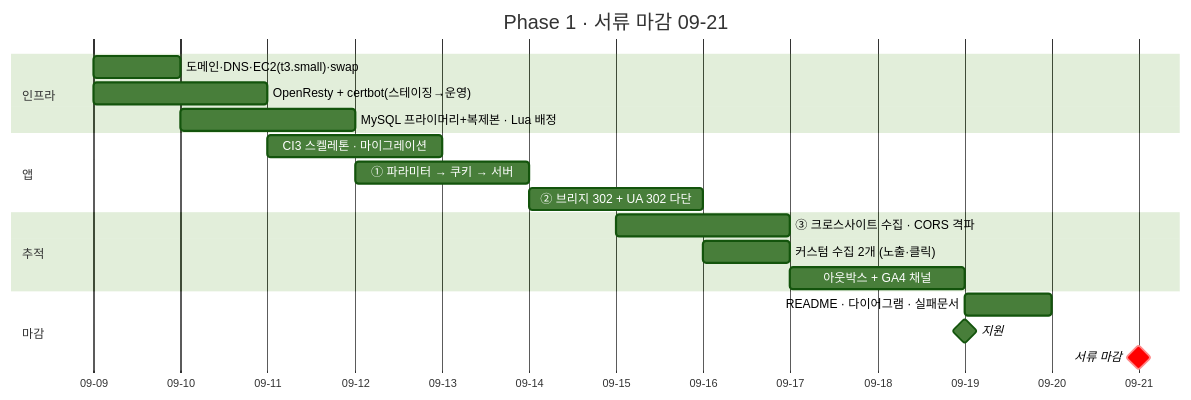
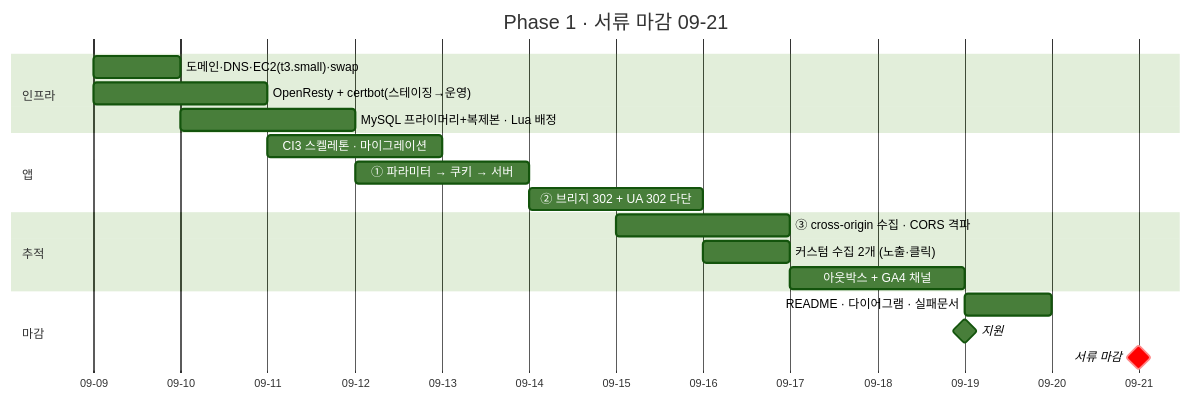
The sixth of 8 diagrams in docs/roadmap.md (http1220/touchpoint), drawn with Mermaid (forest theme) before and after one commit. The commit also changed other lines of this file and 14 other files, not shown here.

````diff
--- a/docs/roadmap.md
+++ b/docs/roadmap.md
@@ -255,26 +259,26 @@
 ```mermaid
 gantt
     title Phase 1 · 서류 마감 09-21
     dateFormat YYYY-MM-DD
     axisFormat %m-%d
 
     section 인프라
     도메인·DNS·EC2(t3.small)·swap    :2026-09-09, 1d
     OpenResty + certbot(스테이징→운영) :2026-09-09, 2d
     MySQL 프라이머리+복제본 · Lua 배정  :2026-09-10, 2d
 
     section 앱
     CI3 스켈레톤 · 마이그레이션        :2026-09-11, 2d
     ① 파라미터 → 쿠키 → 서버          :2026-09-12, 2d
     ② 브리지 302 + UA 302 다단        :2026-09-14, 2d
 
     section 추적
-    ③ 크로스사이트 수집 · CORS 격파    :2026-09-15, 2d
+    ③ cross-origin 수집 · CORS 격파  :2026-09-15, 2d
     커스텀 수집 2개 (노출·클릭)        :2026-09-16, 1d
     아웃박스 + GA4 채널               :2026-09-17, 2d
 
     section 마감
     README · 다이어그램 · 실패문서     :2026-09-19, 1d
     지원                              :milestone, 2026-09-19, 0d
     서류 마감                         :crit, milestone, 2026-09-21, 0d
 ```
````
